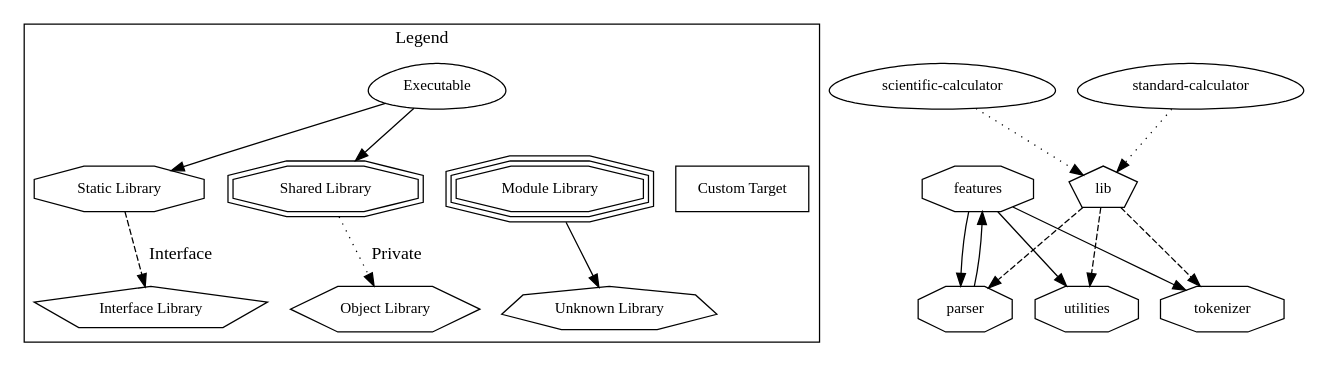
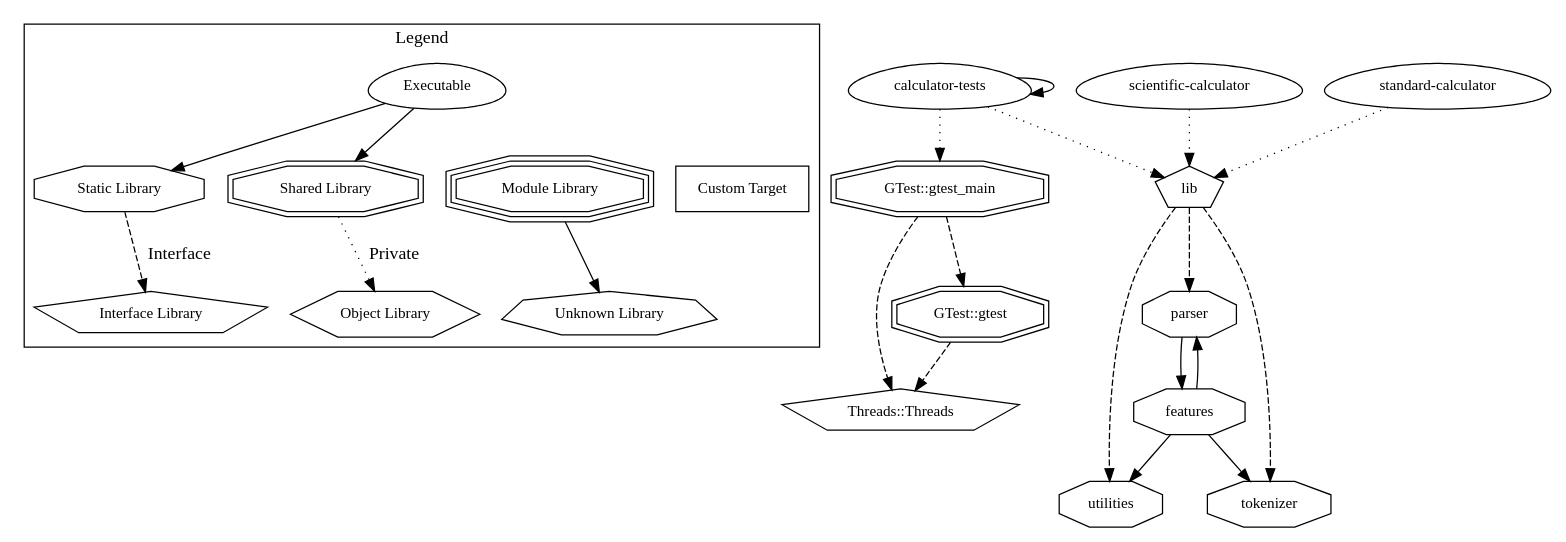
The diagram in test.dot (Cantalopus/tokenizer), drawn with Graphviz before and after one commit. The commit also changed 1 other file, not shown here.

Commit message:
add: graph

```diff
--- a/test.dot
+++ b/test.dot
@@ -1,41 +1,51 @@
 digraph "calculator" {
 node [
   fontsize = "12"
 ];
 subgraph clusterLegend {
   label = "Legend";
   color = black;
   edge [ style = invis ];
   legendNode0 [ label = "Executable", shape = egg ];
   legendNode1 [ label = "Static Library", shape = octagon ];
   legendNode2 [ label = "Shared Library", shape = doubleoctagon ];
   legendNode3 [ label = "Module Library", shape = tripleoctagon ];
   legendNode4 [ label = "Interface Library", shape = pentagon ];
   legendNode5 [ label = "Object Library", shape = hexagon ];
   legendNode6 [ label = "Unknown Library", shape = septagon ];
   legendNode7 [ label = "Custom Target", shape = box ];
   legendNode0 -> legendNode1 [ style = solid ];
   legendNode0 -> legendNode2 [ style = solid ];
   legendNode0 -> legendNode3;
   legendNode1 -> legendNode4 [ label = "Interface", style = dashed ];
   legendNode2 -> legendNode5 [ label = "Private", style = dotted ];
   legendNode3 -> legendNode6 [ style = solid ];
   legendNode0 -> legendNode7;
 }
-    "node0" [ label = "features", shape = octagon ];
-    "node1" [ label = "parser", shape = octagon ];
-    "node1" -> "node0"  // parser -> features
-    "node0" -> "node1"  // features -> parser
-    "node2" [ label = "tokenizer", shape = octagon ];
-    "node0" -> "node2"  // features -> tokenizer
-    "node3" [ label = "utilities", shape = octagon ];
-    "node0" -> "node3"  // features -> utilities
+    "node0" [ label = "calculator-tests", shape = egg ];
+    "node1" [ label = "GTest::gtest_main", shape = doubleoctagon ];
+    "node2" [ label = "GTest::gtest", shape = doubleoctagon ];
+    "node3" [ label = "Threads::Threads", shape = pentagon ];
+    "node2" -> "node3" [ style = dashed ] // GTest::gtest -> Threads::Threads
+    "node1" -> "node2" [ style = dashed ] // GTest::gtest_main -> GTest::gtest
+    "node1" -> "node3" [ style = dashed ] // GTest::gtest_main -> Threads::Threads
+    "node0" -> "node1" [ style = dotted ] // calculator-tests -> GTest::gtest_main
+    "node0" -> "node0"  // calculator-tests -> calculator-tests
     "node4" [ label = "lib", shape = pentagon ];
-    "node4" -> "node1" [ style = dashed ] // lib -> parser
-    "node4" -> "node2" [ style = dashed ] // lib -> tokenizer
-    "node4" -> "node3" [ style = dashed ] // lib -> utilities
-    "node5" [ label = "scientific-calculator", shape = egg ];
-    "node5" -> "node4" [ style = dotted ] // scientific-calculator -> lib
-    "node6" [ label = "standard-calculator", shape = egg ];
-    "node6" -> "node4" [ style = dotted ] // standard-calculator -> lib
+    "node5" [ label = "parser", shape = octagon ];
+    "node6" [ label = "features", shape = octagon ];
+    "node6" -> "node5"  // features -> parser
+    "node5" -> "node6"  // parser -> features
+    "node7" [ label = "tokenizer", shape = octagon ];
+    "node6" -> "node7"  // features -> tokenizer
+    "node8" [ label = "utilities", shape = octagon ];
+    "node6" -> "node8"  // features -> utilities
+    "node4" -> "node5" [ style = dashed ] // lib -> parser
+    "node4" -> "node7" [ style = dashed ] // lib -> tokenizer
+    "node4" -> "node8" [ style = dashed ] // lib -> utilities
+    "node0" -> "node4" [ style = dotted ] // calculator-tests -> lib
+    "node9" [ label = "scientific-calculator", shape = egg ];
+    "node9" -> "node4" [ style = dotted ] // scientific-calculator -> lib
+    "node10" [ label = "standard-calculator", shape = egg ];
+    "node10" -> "node4" [ style = dotted ] // standard-calculator -> lib
 }
```
